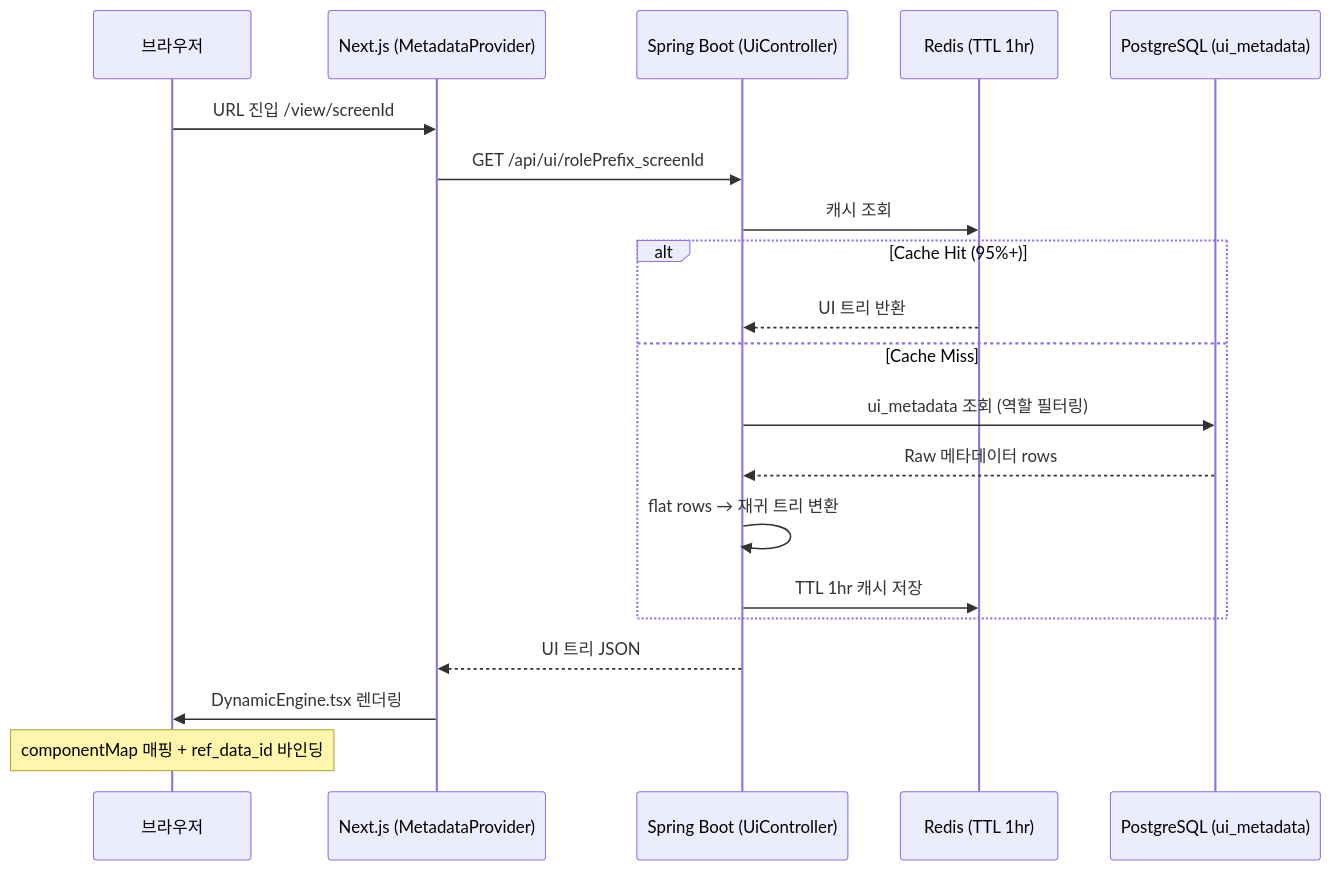
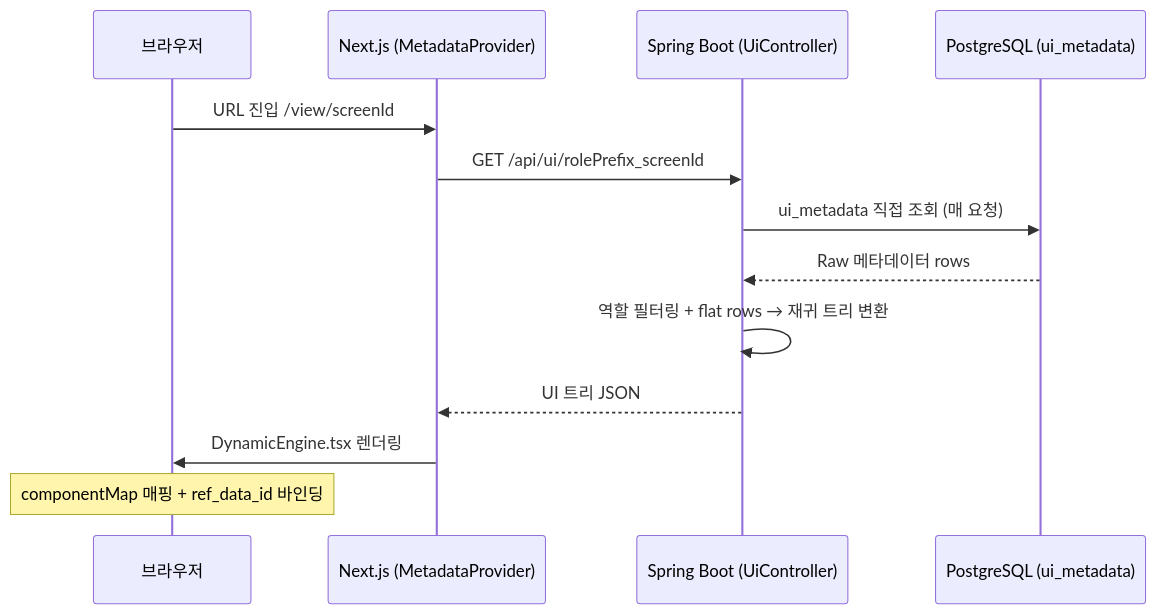
Before and after one commit to feed-mina/SDUI: the diagram in README.md, drawn with Mermaid. The commit also changed other lines of this file, not shown here.

````diff
--- a/README.md
+++ b/README.md
@@ -99,23 +99,16 @@
 ```mermaid
 sequenceDiagram
     participant Browser as 브라우저
     participant Next as Next.js (MetadataProvider)
     participant Spring as Spring Boot (UiController)
-    participant Redis as Redis (TTL 1hr)
     participant PG as PostgreSQL (ui_metadata)
 
     Browser->>Next: URL 진입 /view/screenId
     Next->>Spring: GET /api/ui/rolePrefix_screenId
-    Spring->>Redis: 캐시 조회
-    alt Cache Hit (95%+)
-        Redis-->>Spring: UI 트리 반환
-    else Cache Miss
-        Spring->>PG: ui_metadata 조회 (역할 필터링)
-        PG-->>Spring: Raw 메타데이터 rows
-        Spring->>Spring: flat rows → 재귀 트리 변환
-        Spring->>Redis: TTL 1hr 캐시 저장
-    end
+    Spring->>PG: ui_metadata 직접 조회 (매 요청)
+    PG-->>Spring: Raw 메타데이터 rows
+    Spring->>Spring: 역할 필터링 + flat rows → 재귀 트리 변환
     Spring-->>Next: UI 트리 JSON
     Next->>Browser: DynamicEngine.tsx 렌더링
     Note over Browser: componentMap 매핑 + ref_data_id 바인딩
 ```
````
